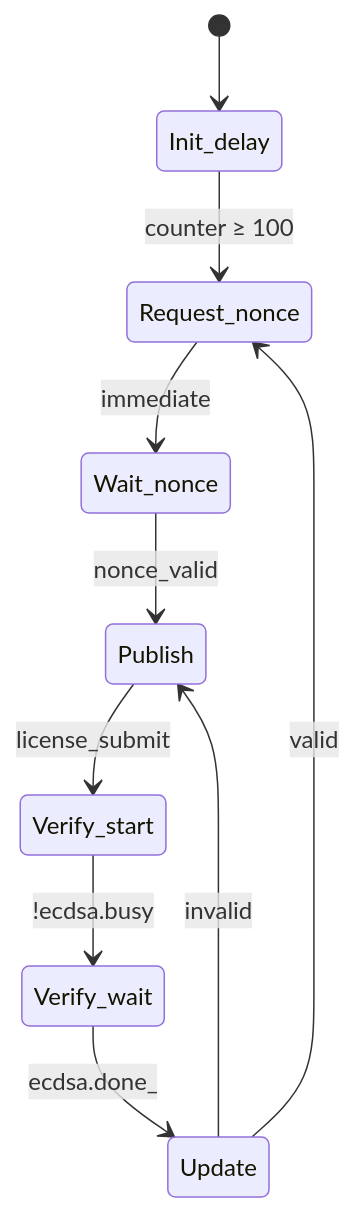
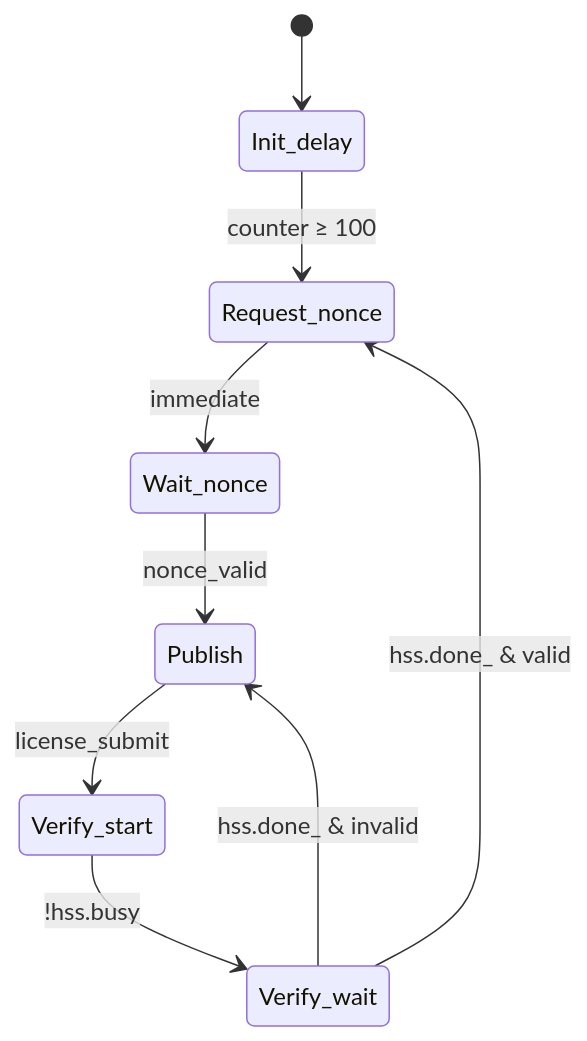
Before and after one commit to JamesPetrie/off-switch: the second of 3 diagrams in README.md, drawn with Mermaid. The commit also changed other lines of this file, not shown here.

First line of the commit message:
Update README for HSS/LMS replacement of ECDSA

````diff
--- a/README.md
+++ b/README.md
@@ -275,12 +301,11 @@
 ```mermaid
 stateDiagram-v2
     [*] --> Init_delay
     Init_delay --> Request_nonce: counter ≥ 100
     Request_nonce --> Wait_nonce: immediate
     Wait_nonce --> Publish: nonce_valid
     Publish --> Verify_start: license_submit
-    Verify_start --> Verify_wait: !ecdsa.busy
-    Verify_wait --> Update: ecdsa.done_
-    Update --> Request_nonce: valid
-    Update --> Publish: invalid
+    Verify_start --> Verify_wait: !hss.busy
+    Verify_wait --> Request_nonce: hss.done_ & valid
+    Verify_wait --> Publish: hss.done_ & invalid
 ```
````
